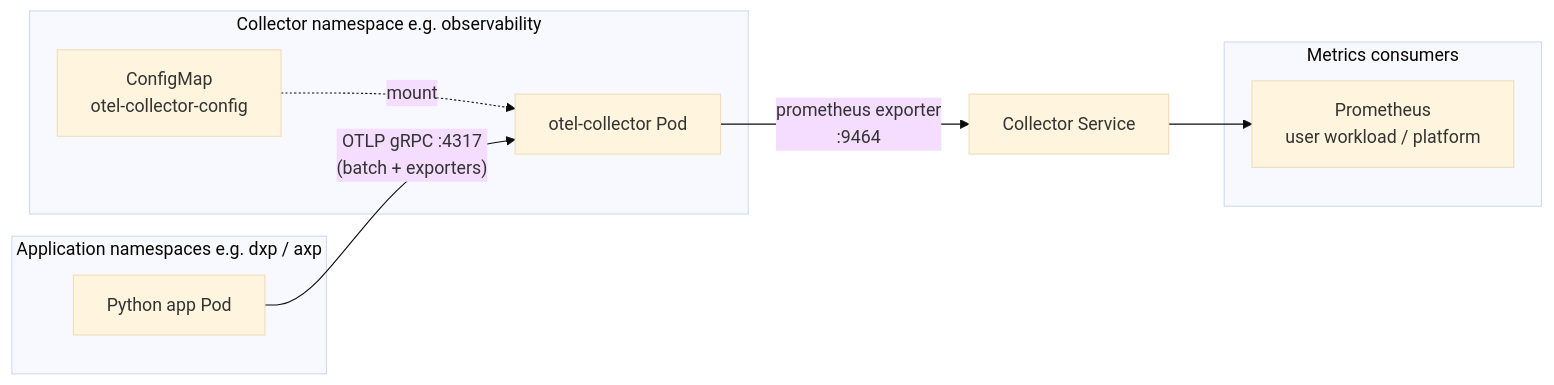
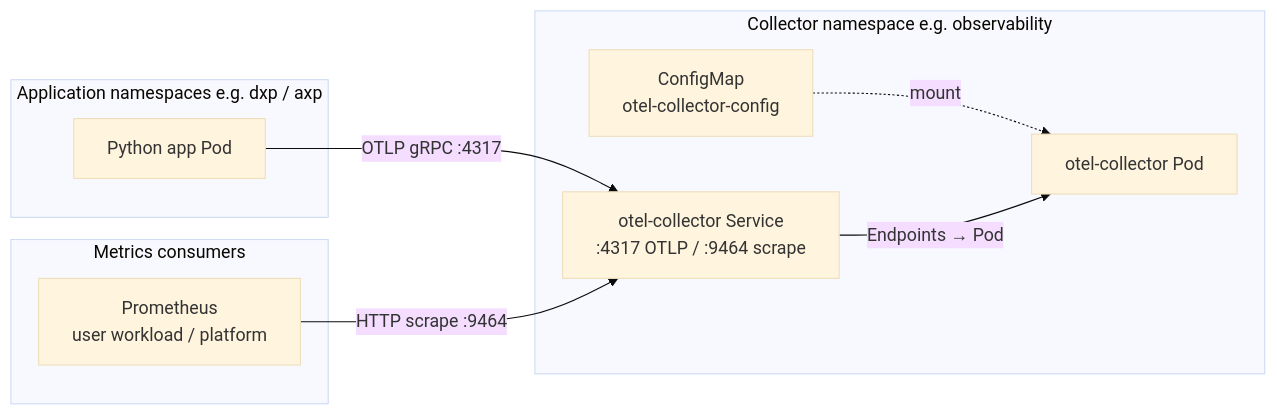
The first of 4 diagrams in docs/otel-architecture.md (UttamGiri/observability-otel-stack), drawn with Mermaid (base theme) before and after one commit. The commit also changed other lines of this file, not shown here.

Commit message:
modified architecture diagram

````diff
--- a/docs/otel-architecture.md
+++ b/docs/otel-architecture.md
@@ -22,20 +24,21 @@
 ```mermaid
 flowchart LR
   subgraph apps["Application namespaces e.g. dxp / axp"]
     PY["Python app Pod"]
   end
 
   subgraph obs["Collector namespace e.g. observability"]
+    SVC["otel-collector Service\n:4317 OTLP / :9464 scrape"]
     COLL["otel-collector Pod"]
     CM["ConfigMap\notel-collector-config"]
     CM -.->|"mount"| COLL
+    SVC -->|"Endpoints → Pod"| COLL
   end
 
   subgraph prom["Metrics consumers"]
     UWM["Prometheus\nuser workload / platform"]
   end
 
-  PY -->|"OTLP gRPC :4317\n(batch + exporters)"| COLL
-  COLL -->|"prometheus exporter\n:9464"| SVC_COL["Collector Service"]
-  SVC_COL --> UWM
+  PY -->|"OTLP gRPC :4317"| SVC
+  UWM -->|"HTTP scrape :9464"| SVC
 ```
````
